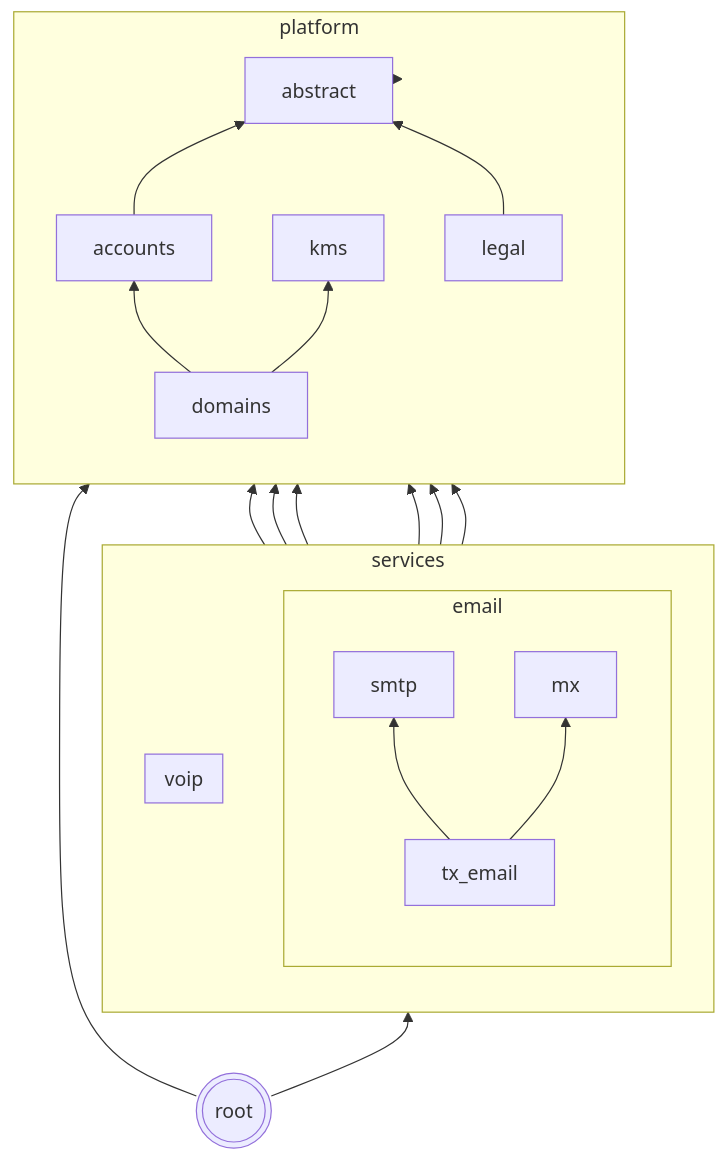
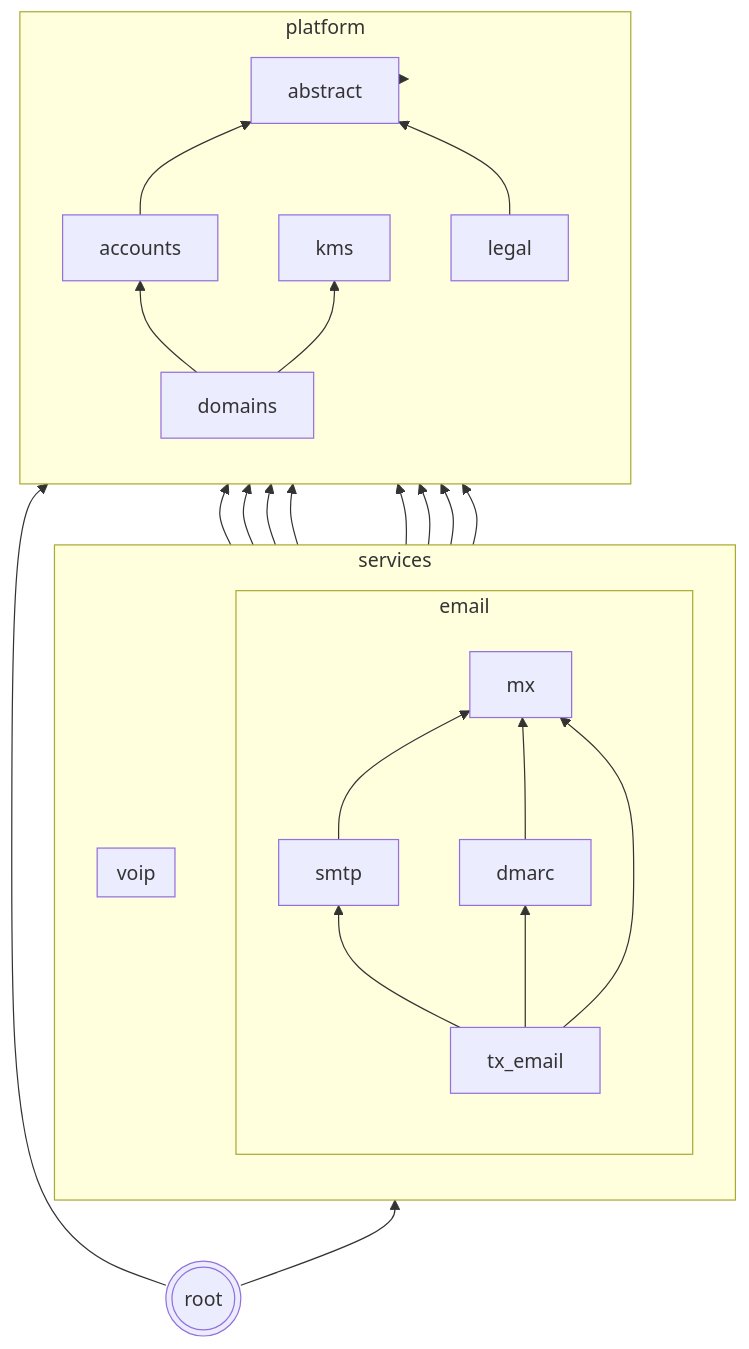
The diagram in README.md (codingjoe/relay), drawn with Mermaid before and after one commit. The commit also changed other lines of this file and 70 other files, not shown here.

````diff
--- a/README.md
+++ b/README.md
@@ -119,39 +130,45 @@
 ```mermaid
 graph BT
  abstract[abstract];
  kms[kms];
  subgraph platform
  direction BT
  accounts
  domains
  legal
  domains --> accounts
  accounts --> abstract
  domains --> kms
  legal --> abstract
  end
  subgraph services
  direction BT
  subgraph email
  direction BT
  tx_email[tx_email]
  smtp
  mx
+ dmarc
  smtp --> accounts
  smtp --> domains
+ smtp --> mx
  mx --> accounts
  mx --> domains
  mx --> kms
+ dmarc --> accounts
+ dmarc --> domains
+ dmarc --> mx
  tx_email --> smtp
  tx_email --> mx
+ tx_email --> dmarc
  end
  subgraph voip
  direction BT
  end
  end
  services --> platform;
  platform --> abstract;
  root --> services;
  root --> platform;
  root(((root)))
 ```
````
